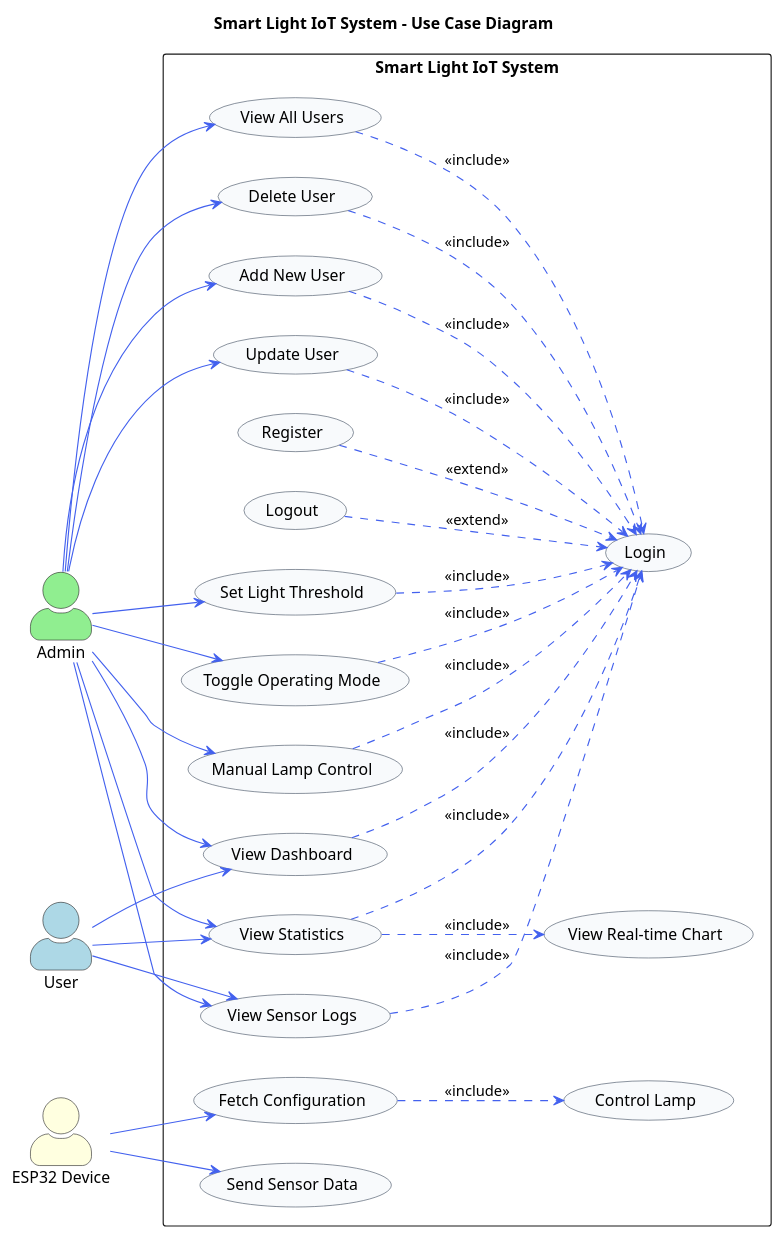
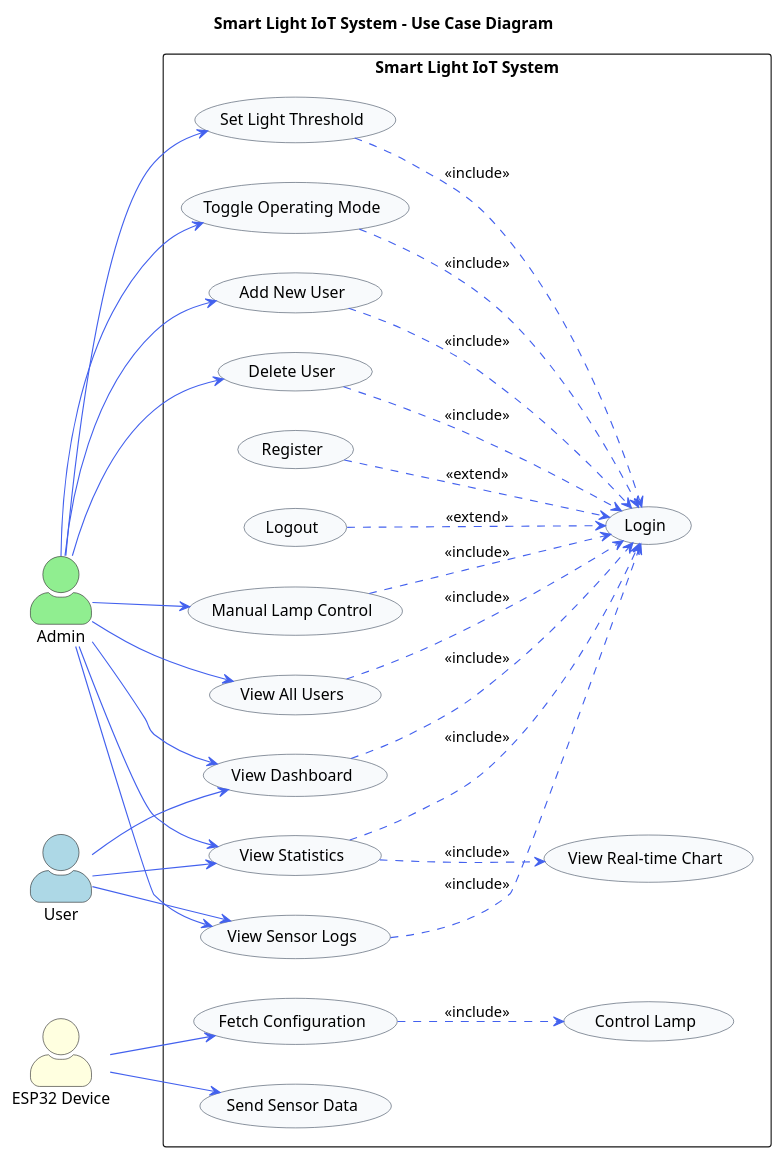
One commit to A-PPAW-TI503P-2025/PROJECT_KELOMPOK4_CAHAYA changed the diagram in use_case_diagram.puml. Above: the diagram before and after it, drawn with PlantUML. The commit also changed 1 other file, not shown here.

Commit message:
Menghapus use case "Update User" dari diagram use case untuk Sistem IoT Smart Light

```diff
--- a/use_case_diagram.puml
+++ b/use_case_diagram.puml
@@ -1,94 +1,91 @@
 @startuml
 
 title Smart Light IoT System - Use Case Diagram
 
 left to right direction
 
 skinparam packageStyle rectangle
 skinparam actorStyle awesome
 skinparam usecase {
     BackgroundColor #f8fafc
     BorderColor #334155
     ArrowColor #4361ee
 }
 
 actor "Admin" as admin #lightgreen
 actor "User" as user #lightblue
 actor "ESP32 Device" as device #lightyellow
 
 rectangle "Smart Light IoT System" {
   
   ' Auth - top
   usecase "Register" as UC_Register
   usecase "Logout" as UC_Logout
   
   ' Admin User Management
   usecase "Add New User" as UC_AddUser
-  usecase "Update User" as UC_UpdateUser
   usecase "Delete User" as UC_DeleteUser
   
   ' Admin Lamp Control
   usecase "Set Light Threshold" as UC_Threshold
   usecase "Toggle Operating Mode" as UC_Mode
   usecase "Manual Lamp Control" as UC_ManualLamp
   
   ' Admin View
   usecase "View All Users" as UC_ViewUsers
   
   ' Shared (Admin + User)
   usecase "View Dashboard" as UC_Dashboard
   usecase "View Statistics" as UC_Stats
   usecase "View Sensor Logs" as UC_Logs
   
   ' Login center
   usecase "Login" as UC_Login
   usecase "View Real-time Chart" as UC_Chart
   
   ' Device
   usecase "Fetch Configuration" as UC_FetchConfig
   usecase "Send Sensor Data" as UC_SendData
   usecase "Control Lamp" as UC_ControlLamp
 }
 
 ' Admin connections - ordered
 admin --> UC_AddUser
-admin --> UC_UpdateUser
 admin --> UC_DeleteUser
 admin --> UC_Threshold
 admin --> UC_Mode
 admin --> UC_ManualLamp
 admin --> UC_ViewUsers
 admin --> UC_Dashboard
 admin --> UC_Stats
 admin --> UC_Logs
 
 ' User connections
 user --> UC_Dashboard
 user --> UC_Stats
 user --> UC_Logs
 
 ' Device connections
 device --> UC_FetchConfig
 device --> UC_SendData
 
 ' Extend relationships
 UC_Register ..> UC_Login : <<extend>>
 UC_Logout ..> UC_Login : <<extend>>
 
 ' Include relationships to Login - ordered
 UC_AddUser ..> UC_Login : <<include>>
-UC_UpdateUser ..> UC_Login : <<include>>
 UC_DeleteUser ..> UC_Login : <<include>>
 UC_Threshold ..> UC_Login : <<include>>
 UC_Mode ..> UC_Login : <<include>>
 UC_ManualLamp ..> UC_Login : <<include>>
 UC_ViewUsers ..> UC_Login : <<include>>
 UC_Dashboard ..> UC_Login : <<include>>
 UC_Stats ..> UC_Login : <<include>>
 UC_Logs ..> UC_Login : <<include>>
 
 ' Other includes
 UC_Stats ..> UC_Chart : <<include>>
 UC_FetchConfig ..> UC_ControlLamp : <<include>>
 
 @enduml
```
